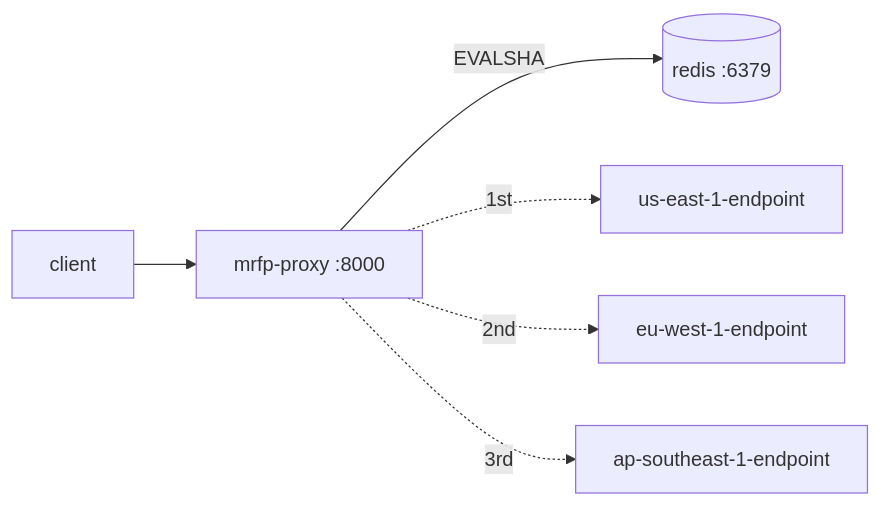
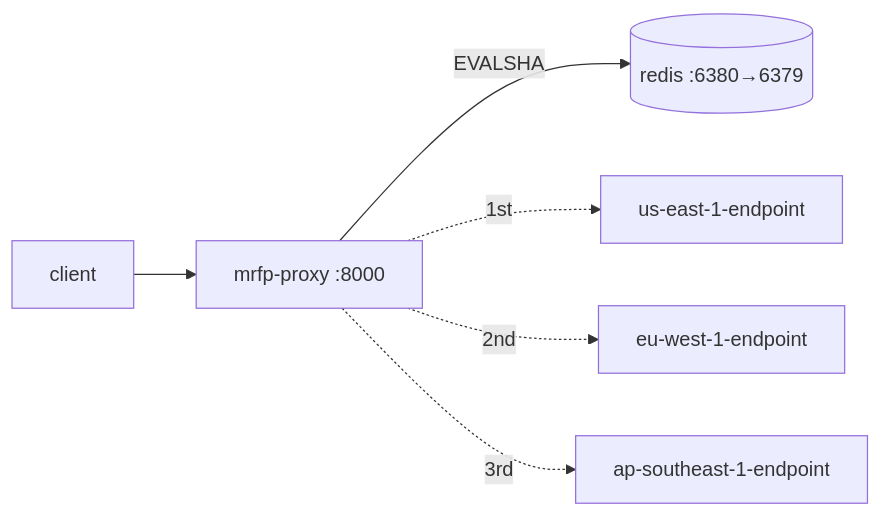
The diagram in CLAUDE.md (Tanishpd/multi-region-failover-proxy), drawn with Mermaid before and after one commit. The commit also changed other lines of this file and 7 other files, not shown here.

````diff
--- a/CLAUDE.md
+++ b/CLAUDE.md
@@ -86,8 +93,8 @@
 ```mermaid
 flowchart LR
   C[client] --> P[mrfp-proxy :8000]
-  P -->|EVALSHA| R[(redis :6379)]
+  P -->|EVALSHA| R[(redis :6380→6379)]
   P -.->|1st| E1[us-east-1-endpoint]
   P -.->|2nd| E2[eu-west-1-endpoint]
   P -.->|3rd| E3[ap-southeast-1-endpoint]
 ```
````
